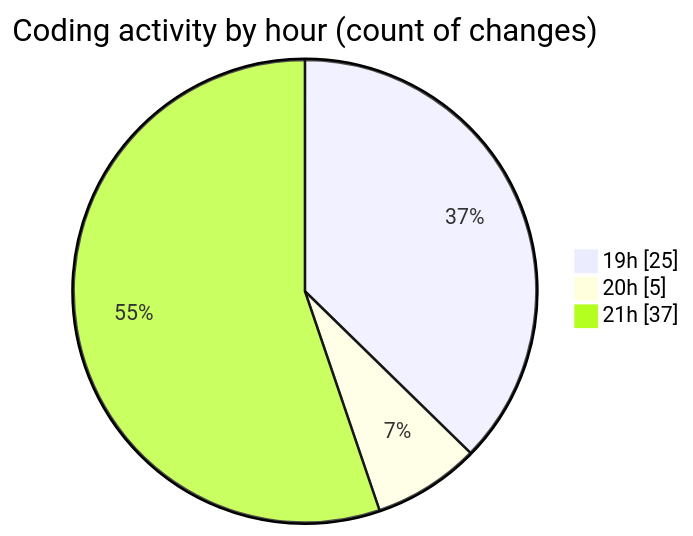
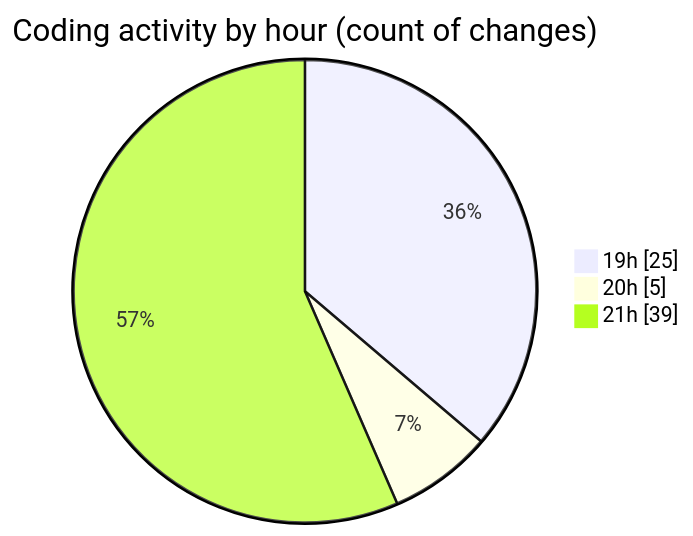
Before and after one commit to momahboobian/code-tracking: the second of 2 diagrams in 2025-02-28/cda/README.md, drawn with Mermaid. The commit also changed other lines of this file and 1 other file, not shown here.

````diff
--- a/2025-02-28/cda/README.md
+++ b/2025-02-28/cda/README.md
@@ -34,7 +34,7 @@
 ```mermaid
 pie showData
 title Coding activity by hour (count of changes)
 "19h" : 25
 "20h" : 5
-"21h" : 37
+"21h" : 39
 ```
````
